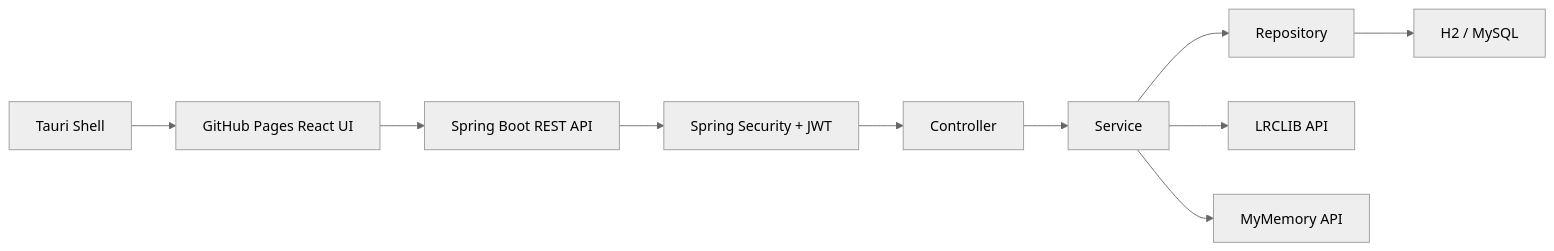
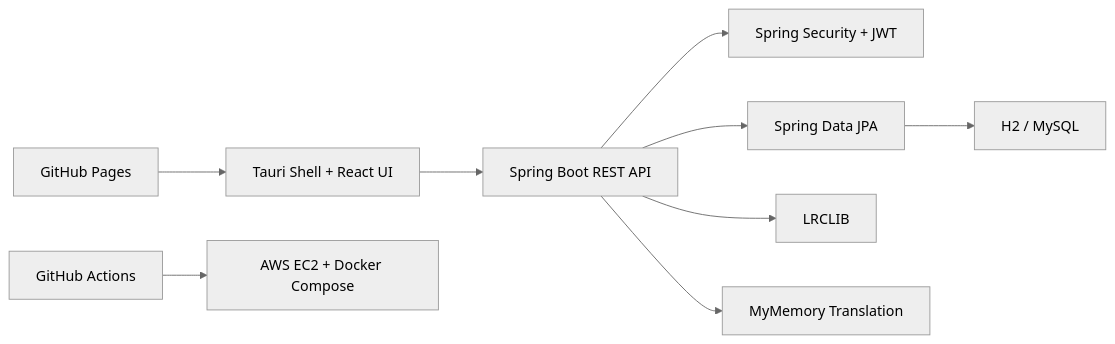
One commit to Song991123/KuroStep changed the diagram in README.md. Above: the diagram before and after it, drawn with Mermaid (neutral theme). The commit also changed other lines of this file and 8 other files, not shown here.

````diff
--- a/README.md
+++ b/README.md
@@ -132,12 +53,11 @@
 ```mermaid
 flowchart LR
-    Shell["Tauri Shell"] --> UI["GitHub Pages React UI"]
-    UI --> API["Spring Boot REST API"]
+    Client["Tauri Shell + React UI"] --> API["Spring Boot REST API"]
     API --> Security["Spring Security + JWT"]
-    Security --> Controller["Controller"]
-    Controller --> Service["Service"]
-    Service --> Repository["Repository"]
-    Repository --> DB["H2 / MySQL"]
-    Service --> Lyrics["LRCLIB API"]
-    Service --> Translation["MyMemory API"]
+    API --> JPA["Spring Data JPA"]
+    JPA --> DB["H2 / MySQL"]
+    API --> Lyrics["LRCLIB"]
+    API --> Translation["MyMemory Translation"]
+    Pages["GitHub Pages"] --> Client
+    Actions["GitHub Actions"] --> EC2["AWS EC2 + Docker Compose"]
 ```
````
